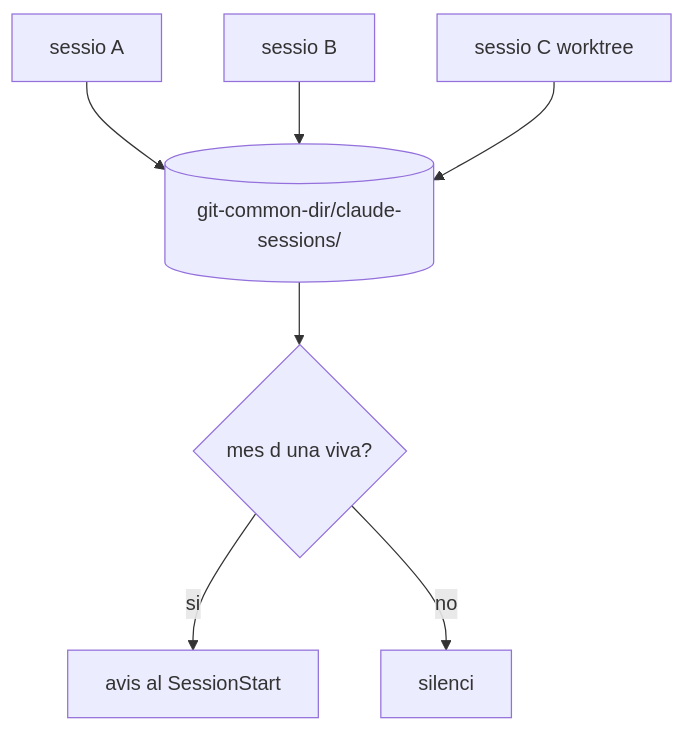
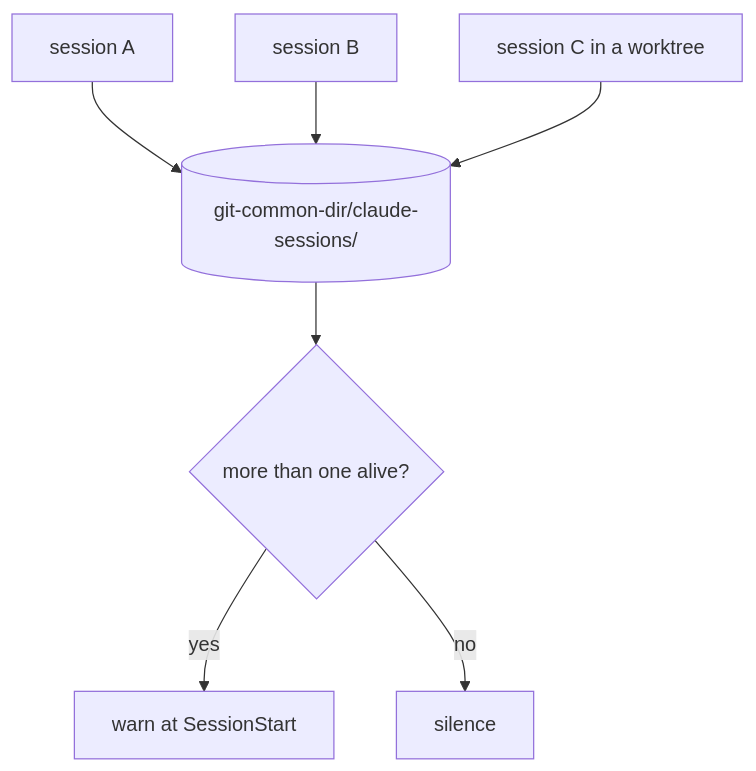
One commit to albertgilopez/claude-shared-tree-guards changed the diagram in SPEC.md. Above: the diagram before and after it, drawn with Mermaid. The commit also changed other lines of this file and 10 other files, not shown here.

````diff
--- a/SPEC.md
+++ b/SPEC.md
@@ -44,9 +53,9 @@
 ```mermaid
 flowchart TD
-  S1[sessio A] --> R[(git-common-dir/claude-sessions/)]
-  S2[sessio B] --> R
-  S3[sessio C worktree] --> R
-  R --> D{mes d una viva?}
-  D -->|si| W[avis al SessionStart]
-  D -->|no| Q[silenci]
+  S1[session A] --> R[(git-common-dir/claude-sessions/)]
+  S2[session B] --> R
+  S3[session C in a worktree] --> R
+  R --> D{more than one alive?}
+  D -->|yes| W[warn at SessionStart]
+  D -->|no| Q[silence]
 ```
````
